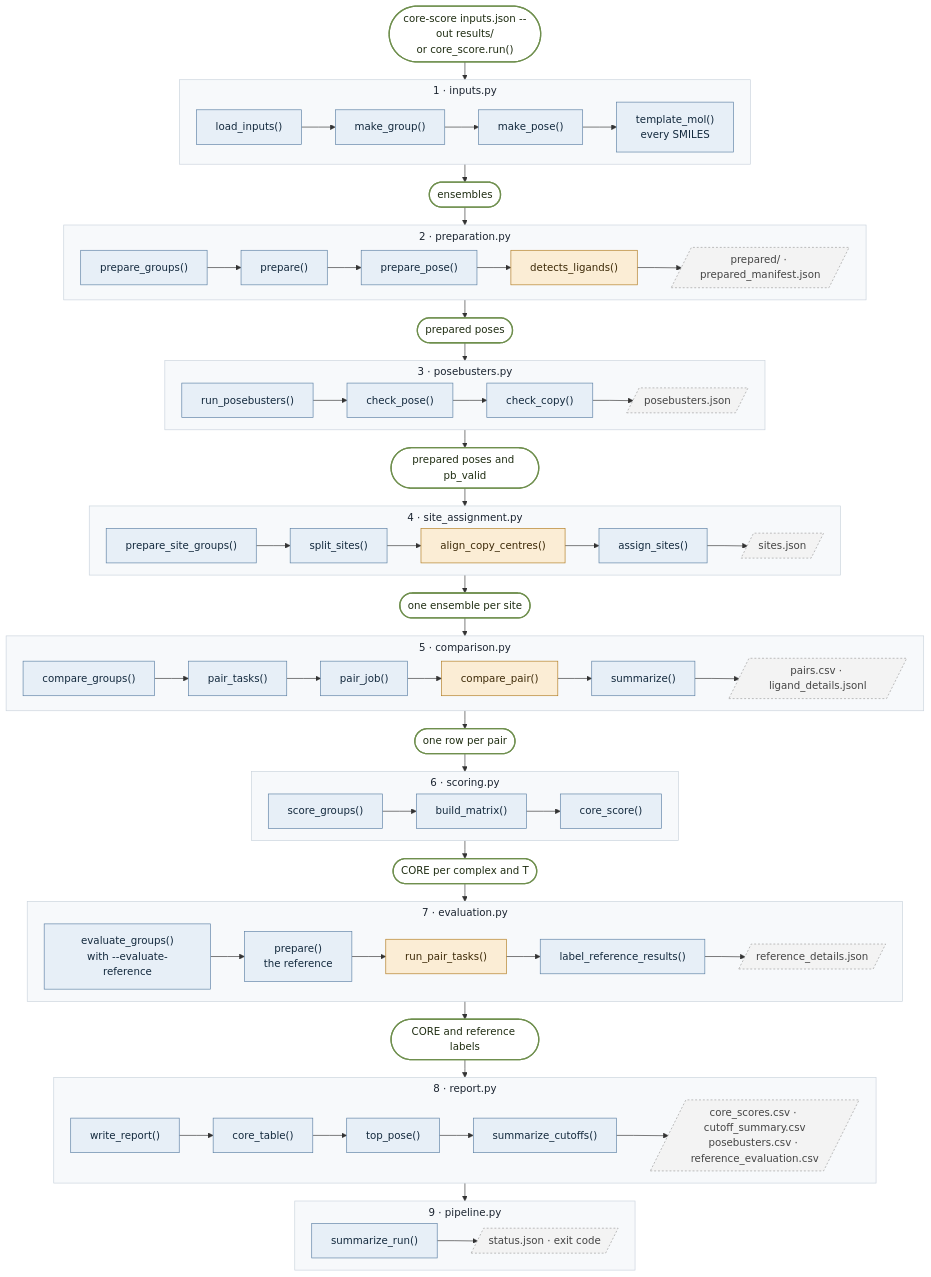
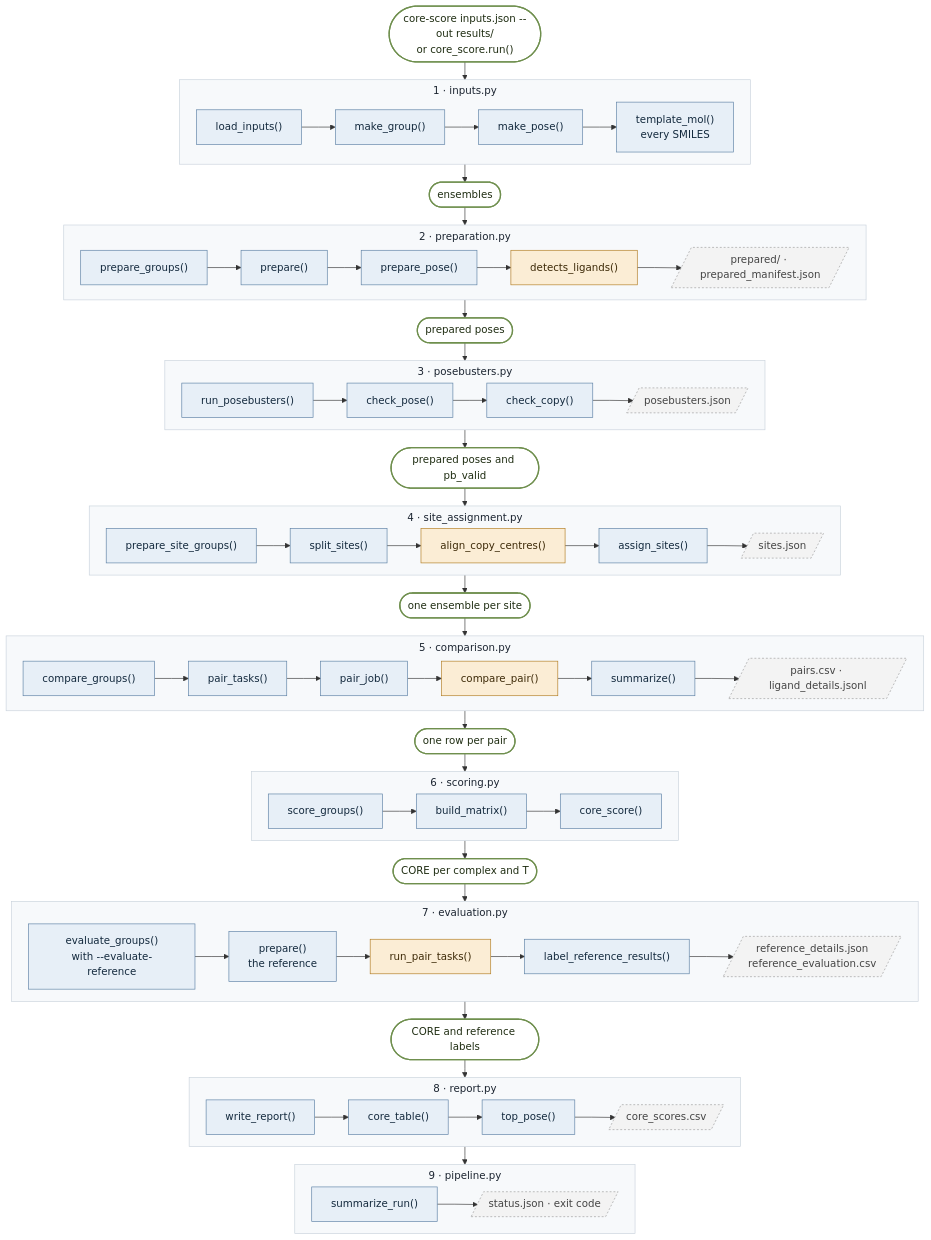
The first of 9 diagrams in docs/code-map.md (James-Broster/core-score), drawn with Mermaid before and after one commit. The commit also changed other lines of this file and 5 other files, not shown here.

First line of the commit message:
Write only core_scores.csv at the top level

````diff
--- a/docs/code-map.md
+++ b/docs/code-map.md
@@ -15,67 +15,67 @@
 ```mermaid
 %%{init: {"flowchart": {"curve": "linear", "nodeSpacing": 18, "rankSpacing": 28, "subGraphTitleMargin": {"top": 6, "bottom": 10}}}}%%
 flowchart TB
     classDef fn fill:#e7eff7,stroke:#5b7fa3,color:#13293d
     classDef ost fill:#fbedd5,stroke:#b07a1e,color:#3d2a08
     classDef data fill:#ffffff,stroke:#6f8f4e,color:#1f2d12,stroke-width:2px
     classDef file fill:#f3f3f3,stroke:#9a9a9a,color:#444,stroke-dasharray:3 3
     classDef stage fill:#f7f9fb,stroke:#c9d2dc,color:#1b2430
 
     start(["core-score inputs.json --out results/<br/>or core_score.run()"]):::data
 
     subgraph R1["1 · inputs.py"]
         direction LR
         a1["load_inputs()"]:::fn --> a2["make_group()"]:::fn --> a3["make_pose()"]:::fn --> a4["template_mol()<br/>every SMILES"]:::fn
     end
     d1(["ensembles"]):::data
 
     subgraph R2["2 · preparation.py"]
         direction LR
         b1["prepare_groups()"]:::fn --> b2["prepare()"]:::fn --> b3["prepare_pose()"]:::fn --> b4["detects_ligands()"]:::ost --> b5[/"prepared/ · prepared_manifest.json"/]:::file
     end
     d2(["prepared poses"]):::data
 
     subgraph R3["3 · posebusters.py"]
         direction LR
         c1["run_posebusters()"]:::fn --> c2["check_pose()"]:::fn --> c3["check_copy()"]:::fn --> c4[/"posebusters.json"/]:::file
     end
     d3(["prepared poses and pb_valid"]):::data
 
     subgraph R4["4 · site_assignment.py"]
         direction LR
         e1["prepare_site_groups()"]:::fn --> e2["split_sites()"]:::fn --> e3["align_copy_centres()"]:::ost --> e4["assign_sites()"]:::fn --> e5[/"sites.json"/]:::file
     end
     d4(["one ensemble per site"]):::data
 
     subgraph R5["5 · comparison.py"]
         direction LR
         g1["compare_groups()"]:::fn --> g2["pair_tasks()"]:::fn --> g3["pair_job()"]:::fn --> g4["compare_pair()"]:::ost --> g5["summarize()"]:::fn --> g6[/"pairs.csv · ligand_details.jsonl"/]:::file
     end
     d5(["one row per pair"]):::data
 
     subgraph R6["6 · scoring.py"]
         direction LR
         h1["score_groups()"]:::fn --> h2["build_matrix()"]:::fn --> h3["core_score()"]:::fn
     end
     d6(["CORE per complex and T"]):::data
 
     subgraph R7["7 · evaluation.py"]
         direction LR
-        i1["evaluate_groups()<br/>with --evaluate-reference"]:::fn --> i2["prepare()<br/>the reference"]:::fn --> i3["run_pair_tasks()"]:::ost --> i4["label_reference_results()"]:::fn --> i5[/"reference_details.json"/]:::file
+        i1["evaluate_groups()<br/>with --evaluate-reference"]:::fn --> i2["prepare()<br/>the reference"]:::fn --> i3["run_pair_tasks()"]:::ost --> i4["label_reference_results()"]:::fn --> i5[/"reference_details.json<br/>reference_evaluation.csv"/]:::file
     end
     d7(["CORE and reference labels"]):::data
 
     subgraph R8["8 · report.py"]
         direction LR
-        j1["write_report()"]:::fn --> j2["core_table()"]:::fn --> j3["top_pose()"]:::fn --> j4["summarize_cutoffs()"]:::fn --> j5[/"core_scores.csv · cutoff_summary.csv<br/>posebusters.csv · reference_evaluation.csv"/]:::file
+        j1["write_report()"]:::fn --> j2["core_table()"]:::fn --> j3["top_pose()"]:::fn --> j5[/"core_scores.csv"/]:::file
     end
 
     subgraph R9["9 · pipeline.py"]
         direction LR
         k1["summarize_run()"]:::fn --> k2[/"status.json · exit code"/]:::file
     end
 
     start --> R1 --> d1 --> R2 --> d2 --> R3 --> d3 --> R4 --> d4 --> R5 --> d5 --> R6 --> d6 --> R7 --> d7 --> R8 --> R9
 
     class R1,R2,R3,R4,R5,R6,R7,R8,R9 stage
 ```
````
